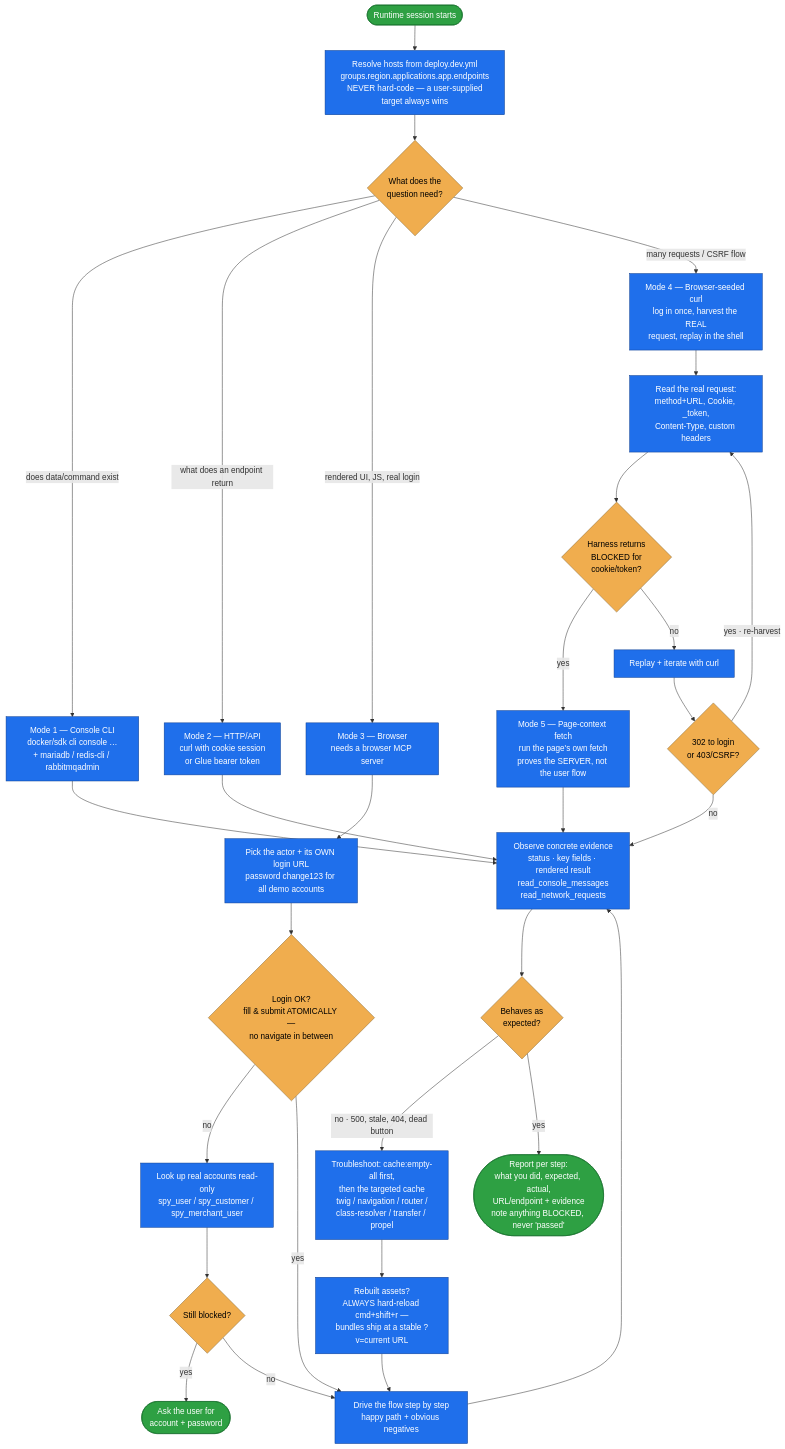
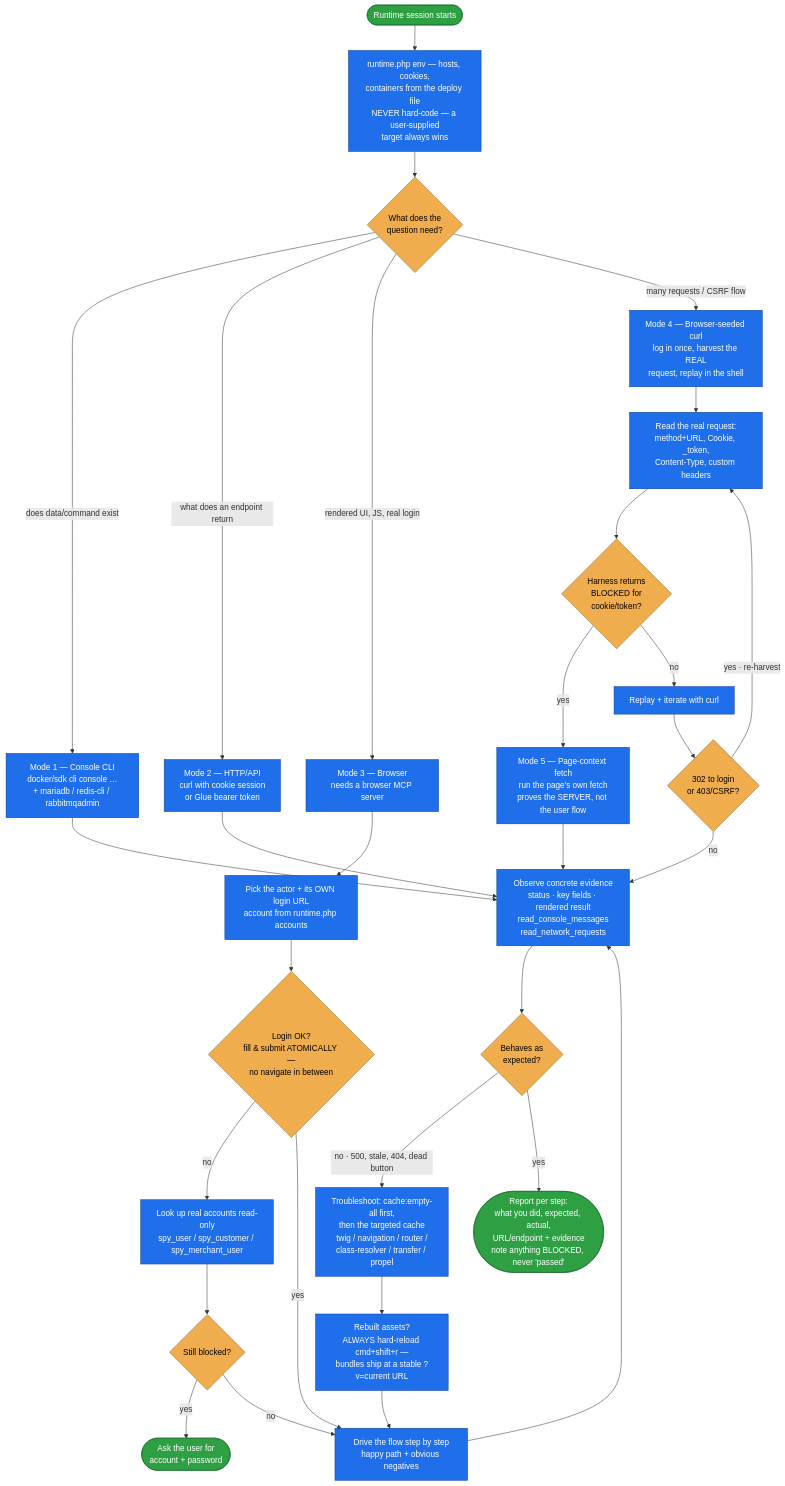
Before and after one commit to spryker-sdk/ai-dev: the diagram in plugins/spryker-ai-dev-sdk/skills/spryker-runtime/README.md, drawn with Mermaid. The commit also changed other lines of this file and 8 other files, not shown here.

First line of the commit message:
Resolve the runtime environment, accounts and logins with a script

````diff
--- a/plugins/spryker-ai-dev-sdk/skills/spryker-runtime/README.md
+++ b/plugins/spryker-ai-dev-sdk/skills/spryker-runtime/README.md
@@ -22,45 +22,45 @@
 ```mermaid
 flowchart TD
-    A([Runtime session starts]) --> H["Resolve hosts from deploy.dev.yml<br/>groups.region.applications.app.endpoints<br/>NEVER hard-code — a user-supplied<br/>target always wins"]
+    A([Runtime session starts]) --> H["runtime.php env — hosts, cookies,<br/>containers from the deploy file<br/>NEVER hard-code — a user-supplied<br/>target always wins"]
 
     H --> Q{"What does the<br/>question need?"}
 
     Q -- "does data/command exist" --> M1["Mode 1 — Console CLI<br/>docker/sdk cli console …<br/>+ mariadb / redis-cli / rabbitmqadmin"]
     Q -- "what does an endpoint return" --> M2["Mode 2 — HTTP/API<br/>curl with cookie session<br/>or Glue bearer token"]
     Q -- "rendered UI, JS, real login" --> M3["Mode 3 — Browser<br/>needs a browser MCP server"]
     Q -- "many requests / CSRF flow" --> M4["Mode 4 — Browser-seeded curl<br/>log in once, harvest the REAL<br/>request, replay in the shell"]
 
-    M3 --> L["Pick the actor + its OWN login URL<br/>password change123 for all demo accounts"]
+    M3 --> L["Pick the actor + its OWN login URL<br/>account from runtime.php accounts"]
     L --> LOGIN{"Login OK?<br/>fill &amp; submit ATOMICALLY —<br/>no navigate in between"}
     LOGIN -- "no" --> DB["Look up real accounts read-only<br/>spy_user / spy_customer / spy_merchant_user"]
     DB --> LOGIN2{"Still blocked?"}
     LOGIN2 -- "yes" --> ASK([Ask the user for<br/>account + password])
     LOGIN2 -- "no" --> ACT
     LOGIN -- "yes" --> ACT["Drive the flow step by step<br/>happy path + obvious negatives"]
 
     ACT --> EV["Observe concrete evidence<br/>status · key fields · rendered result<br/>read_console_messages<br/>read_network_requests"]
 
     M4 --> HARVEST["Read the real request:<br/>method+URL, Cookie, _token,<br/>Content-Type, custom headers"]
     HARVEST --> BLOCKED{"Harness returns<br/>BLOCKED for<br/>cookie/token?"}
     BLOCKED -- "yes" --> M5["Mode 5 — Page-context fetch<br/>run the page's own fetch<br/>proves the SERVER, not the user flow"]
     BLOCKED -- "no" --> REPLAY["Replay + iterate with curl"]
     REPLAY --> R403{"302 to login<br/>or 403/CSRF?"}
     R403 -- "yes · re-harvest" --> HARVEST
     R403 -- "no" --> EV
     M5 --> EV
     M1 --> EV
     M2 --> EV
 
     EV --> OK{"Behaves as<br/>expected?"}
     OK -- "no · 500, stale, 404, dead button" --> TS["Troubleshoot: cache:empty-all first,<br/>then the targeted cache<br/>twig / navigation / router /<br/>class-resolver / transfer / propel"]
     TS --> RELOAD["Rebuilt assets?<br/>ALWAYS hard-reload cmd+shift+r —<br/>bundles ship at a stable ?v=current URL"]
     RELOAD --> ACT
     OK -- "yes" --> REP([Report per step:<br/>what you did, expected, actual,<br/>URL/endpoint + evidence<br/>note anything BLOCKED, never 'passed'])
 
     classDef step fill:#1f6feb,stroke:#0b3d91,color:#fff;
     classDef decision fill:#f0ad4e,stroke:#8a6d3b,color:#000;
     classDef terminal fill:#2ea043,stroke:#176f2c,color:#fff;
     class H,M1,M2,M3,M4,M5,L,DB,ACT,EV,HARVEST,REPLAY,TS,RELOAD step;
     class Q,LOGIN,LOGIN2,BLOCKED,R403,OK decision;
     class A,ASK,REP terminal;
 ```
````
